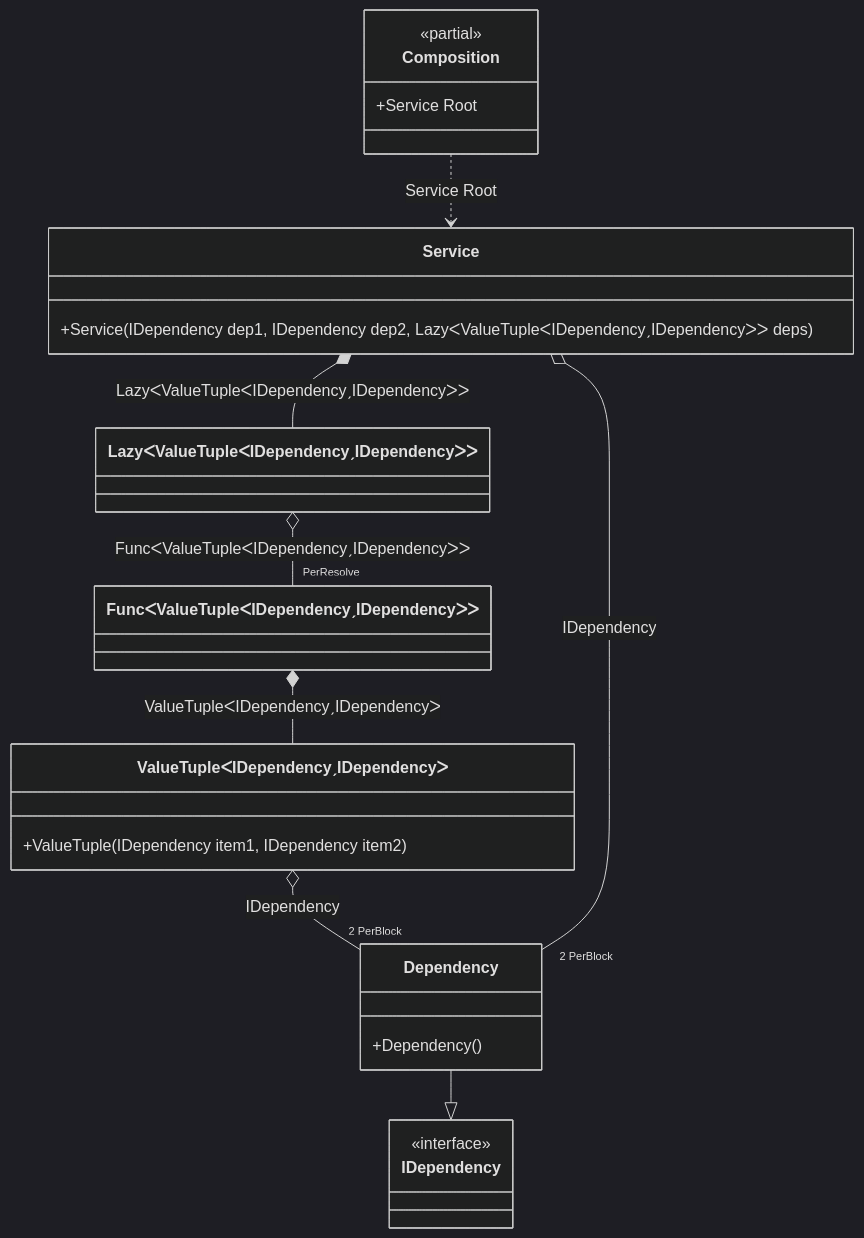
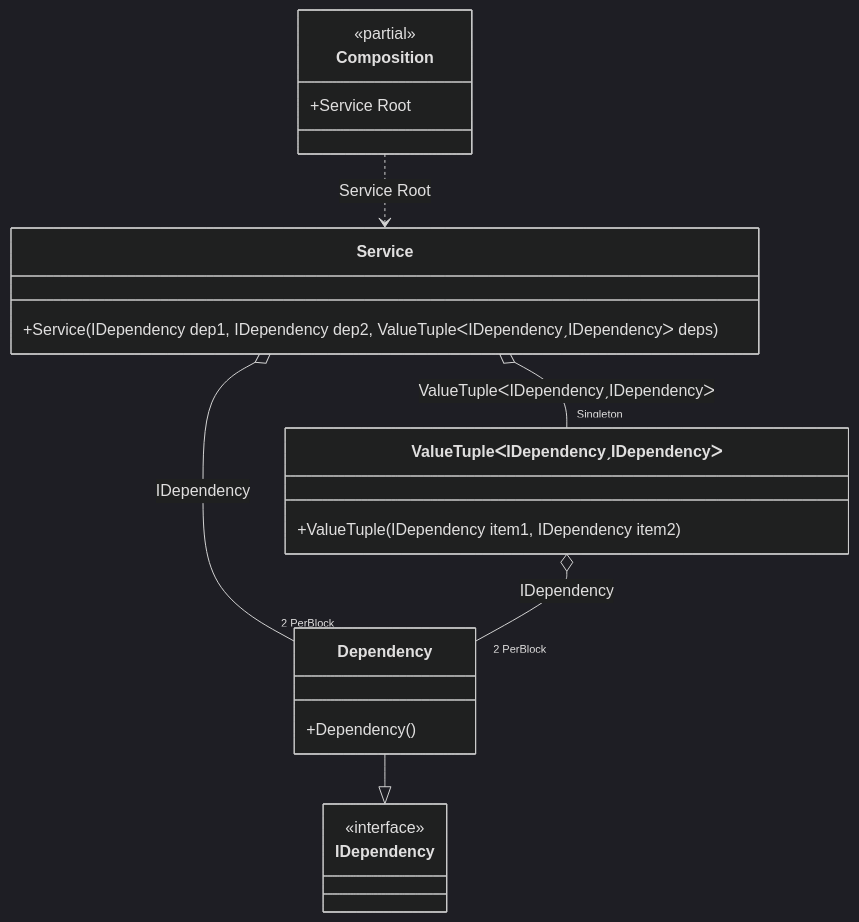
Before and after one commit to DevTeam/Pure.DI: the diagram in readme/perblock.md, drawn with Mermaid (dark theme). The commit also changed other lines of this file and 50 other files, not shown here.

````diff
--- a/readme/perblock.md
+++ b/readme/perblock.md
@@ -94,28 +96,24 @@
 ```mermaid
 classDiagram
 	class Composition {
 		<<partial>>
 		+Service Root
 	}
-	class ValueTupleᐸIDependencyˏIDependencyᐳ {
-		+ValueTuple(IDependency item1, IDependency item2)
-	}
 	class Service {
-		+Service(IDependency dep1, IDependency dep2, LazyᐸValueTupleᐸIDependencyˏIDependencyᐳᐳ deps)
+		+Service(IDependency dep1, IDependency dep2, ValueTupleᐸIDependencyˏIDependencyᐳ deps)
 	}
 	Dependency --|> IDependency
 	class Dependency {
 		+Dependency()
 	}
-	class LazyᐸValueTupleᐸIDependencyˏIDependencyᐳᐳ
-	class FuncᐸValueTupleᐸIDependencyˏIDependencyᐳᐳ
+	class ValueTupleᐸIDependencyˏIDependencyᐳ {
+		+ValueTuple(IDependency item1, IDependency item2)
+	}
 	class IDependency {
 		<<interface>>
 	}
+	Service o-- "2 PerBlock" Dependency : IDependency
+	Service o-- "Singleton" ValueTupleᐸIDependencyˏIDependencyᐳ : ValueTupleᐸIDependencyˏIDependencyᐳ
 	ValueTupleᐸIDependencyˏIDependencyᐳ o-- "2 PerBlock" Dependency : IDependency
-	Service o-- "2 PerBlock" Dependency : IDependency
-	Service *--  LazyᐸValueTupleᐸIDependencyˏIDependencyᐳᐳ : LazyᐸValueTupleᐸIDependencyˏIDependencyᐳᐳ
 	Composition ..> Service : Service Root
-	LazyᐸValueTupleᐸIDependencyˏIDependencyᐳᐳ o-- "PerResolve" FuncᐸValueTupleᐸIDependencyˏIDependencyᐳᐳ : FuncᐸValueTupleᐸIDependencyˏIDependencyᐳᐳ
-	FuncᐸValueTupleᐸIDependencyˏIDependencyᐳᐳ *--  ValueTupleᐸIDependencyˏIDependencyᐳ : ValueTupleᐸIDependencyˏIDependencyᐳ
 ```
````
